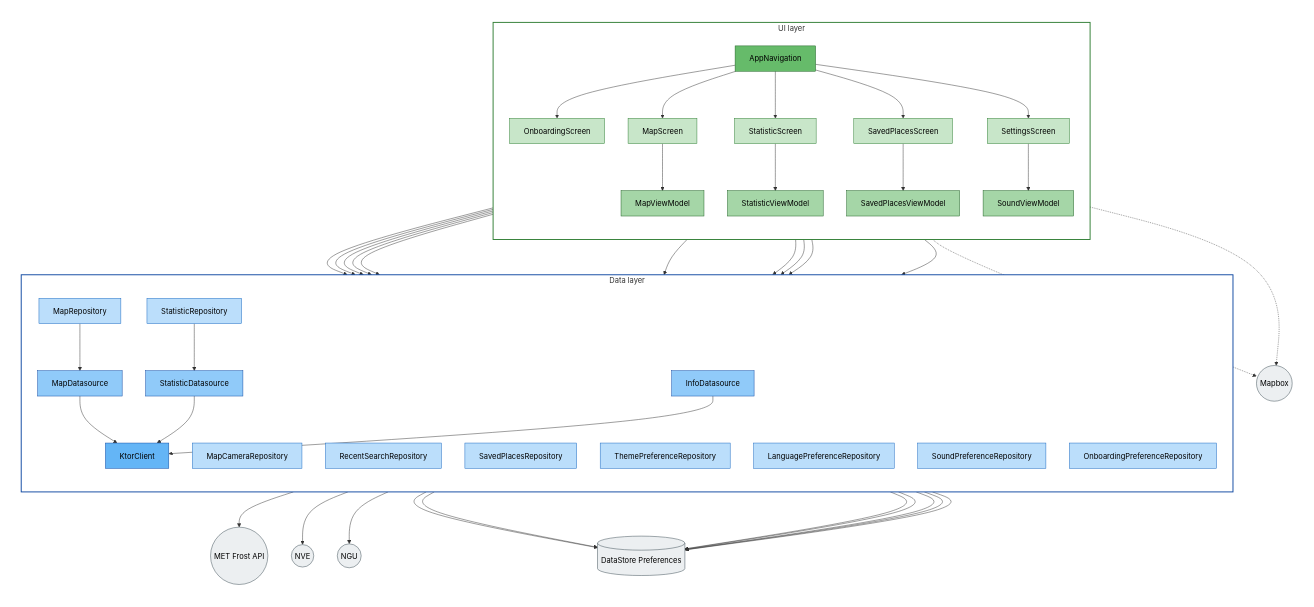
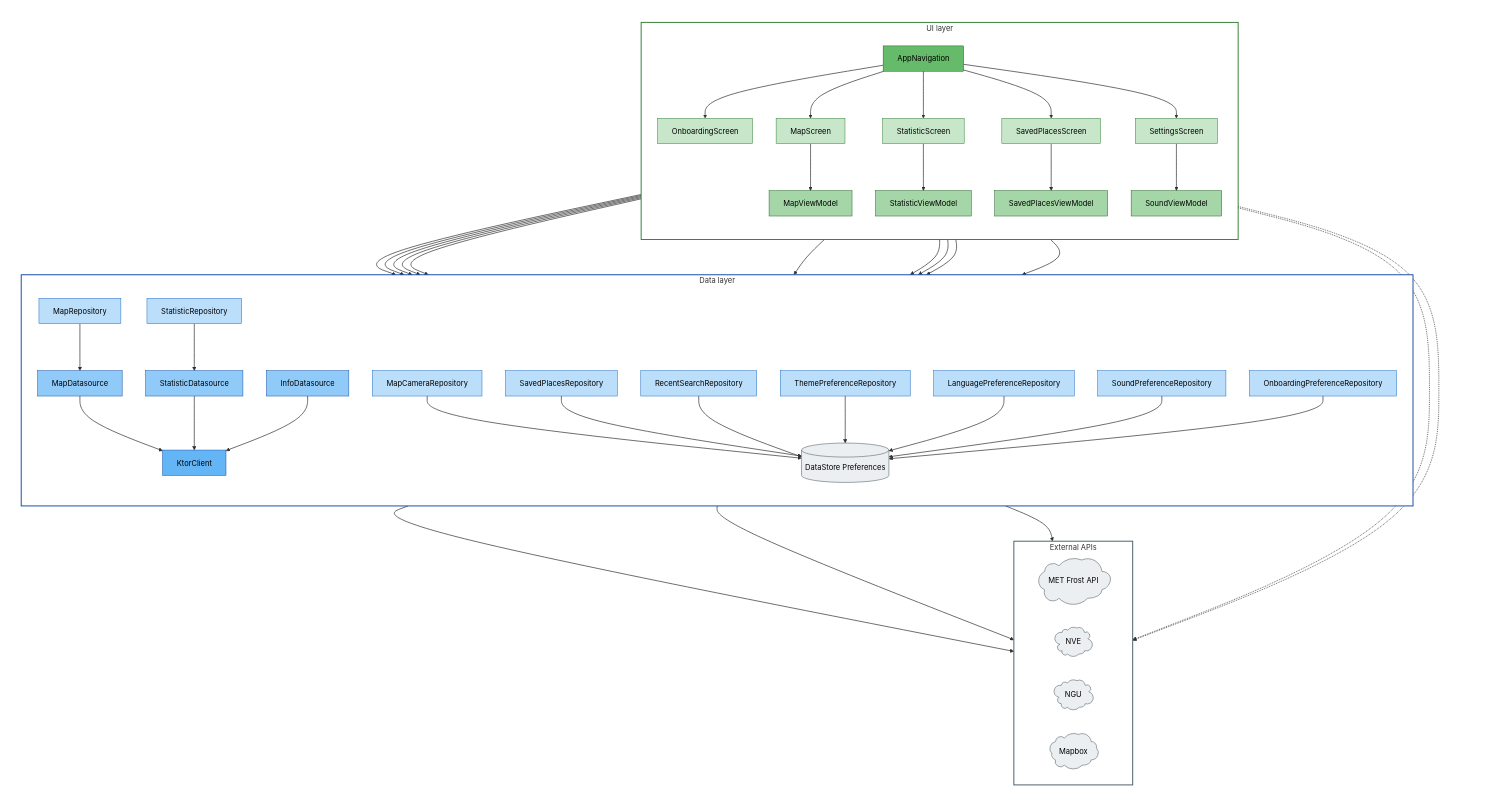
Before and after one commit to Dannevanne/klima-app: the diagram in ARCHITECTURE.md, drawn with Mermaid.

Commit message:
fix: tidier mermaid - clouds for APIs, darker arrows, APIs at bottom

````diff
--- a/ARCHITECTURE.md
+++ b/ARCHITECTURE.md
@@ -159,19 +159,33 @@
 
             Ktor["KtorClient"]:::net
 
+            DS[("DataStore Preferences")]:::store
+
             MapRepo --> MapDS
             StatRepo --> StatDS
             MapDS --> Ktor
             StatDS --> Ktor
             InfoDS --> Ktor
+
+            CamRepo --> DS
+            SavRepo --> DS
+            RecentRepo --> DS
+            ThemeRepo --> DS
+            LangRepo --> DS
+            SoundRepo --> DS
+            OnbRepo --> DS
         end
 
-        %% =========== EXTERNAL (inside canvas) ===========
-        Frost(("MET Frost API")):::ext
-        NVE(("NVE")):::ext
-        NGU(("NGU")):::ext
-        Mapbox(("Mapbox")):::ext
-        DS[("DataStore Preferences")]:::store
+        %% =========== EXTERNAL APIS (bottom) ===========
+        subgraph EXT["External APIs"]
+            direction LR
+            Frost@{ shape: cloud, label: "MET Frost API" }
+            NVE@{ shape: cloud, label: "NVE" }
+            NGU@{ shape: cloud, label: "NGU" }
+            Mapbox@{ shape: cloud, label: "Mapbox" }
+        end
+
+        class Frost,NVE,NGU,Mapbox api
     end
 
     %% UI to Data edges
@@ -186,28 +200,23 @@
     SavVM --> StatRepo
     SoundVM --> SoundRepo
 
-    %% External edges
+    %% Data to External APIs edges (bottom)
     Ktor --> Frost
     Ktor --> NVE
     Ktor --> NGU
     MapScreen -.-> Mapbox
     StatVM -.-> Mapbox
 
-    %% DataStore edges
-    CamRepo --> DS
-    SavRepo --> DS
-    RecentRepo --> DS
-    ThemeRepo --> DS
-    LangRepo --> DS
-    SoundRepo --> DS
-    OnbRepo --> DS
+    %% Darken all arrows
+    linkStyle default stroke:#333333,stroke-width:1.5px
 
-    %% Outer canvas: white fill, no visible border (covers full diagram bounds)
+    %% Outer canvas: white fill, no visible border
     style CANVAS fill:#ffffff,stroke:#ffffff
 
     %% Inner layer subgraphs: white fill, colored border per layer
     style UI fill:#ffffff,stroke:#2e7d32,stroke-width:2px
     style DATA fill:#ffffff,stroke:#0d47a1,stroke-width:2px
+    style EXT fill:#ffffff,stroke:#455a64,stroke-width:2px
 
     %% Node colors
     classDef navhost fill:#66bb6a,stroke:#1b5e20,color:#000
@@ -216,6 +225,6 @@
     classDef repo fill:#bbdefb,stroke:#1565c0,color:#000
     classDef ds fill:#90caf9,stroke:#0d47a1,color:#000
     classDef net fill:#64b5f6,stroke:#0d47a1,color:#000
-    classDef ext fill:#eceff1,stroke:#37474f,color:#000
+    classDef api fill:#eceff1,stroke:#37474f,color:#000
     classDef store fill:#eceff1,stroke:#37474f,color:#000
 ```
````
